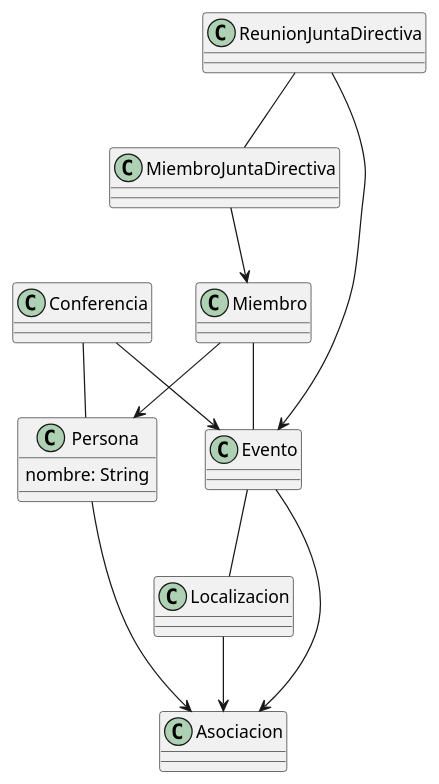
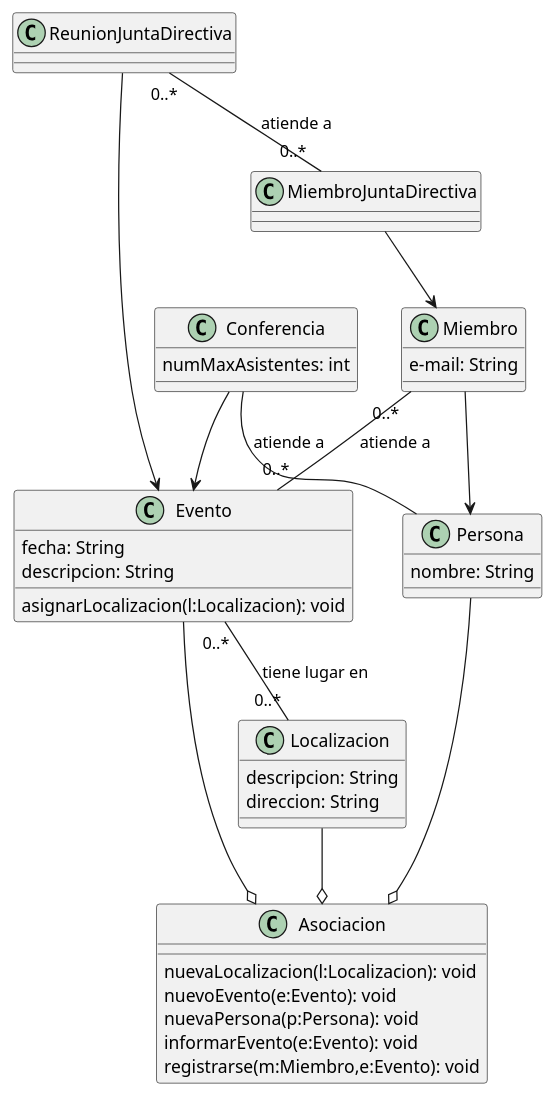
Before and after one commit to Daniclo/UMLClasesDanielColl: the diagram in src/DiagramaDeClases.puml, drawn with PlantUML.

Commit message:
Diagrama de clases finalizado Daniel Coll

```diff
--- a/src/DiagramaDeClases.puml
+++ b/src/DiagramaDeClases.puml
@@ -1,33 +1,50 @@
 @startuml
 
-Persona --> Asociacion
-Evento --> Asociacion
-Localizacion --> Asociacion
+Persona --o Asociacion
+Evento --o Asociacion
+Localizacion --o Asociacion
 Miembro --> Persona
 MiembroJuntaDirectiva --> Miembro
 Conferencia --> Evento
 ReunionJuntaDirectiva --> Evento
-Conferencia -- Persona
-ReunionJuntaDirectiva -- MiembroJuntaDirectiva
-Miembro -- Evento
-Evento -- Localizacion
+Conferencia -- Persona : atiende a
+ReunionJuntaDirectiva "0..*" -- "0..*" MiembroJuntaDirectiva : atiende a
+Miembro "0..*" -- "0..*" Evento : atiende a
+Evento "0..*" -- "0..*" Localizacion : tiene lugar en
 
-Class Asociacion{}
+Class Asociacion{
+nuevaLocalizacion(l:Localizacion): void
+nuevoEvento(e:Evento): void
+nuevaPersona(p:Persona): void
+informarEvento(e:Evento): void
+registrarse(m:Miembro,e:Evento): void
+}
 
-Class Miembro{}
+Class Miembro{
+e-mail: String
+}
 
 Class MiembroJuntaDirectiva{}
 
-Class Evento{}
+Class Evento{
+fecha: String
+descripcion: String
+asignarLocalizacion(l:Localizacion): void
+}
 
-Class Conferencia{}
+Class Conferencia{
+numMaxAsistentes: int
+}
 
 Class ReunionJuntaDirectiva{}
 
-Class Localizacion{}
+Class Localizacion{
+descripcion: String
+direccion: String
+}
 
 Class Persona{
 nombre: String
 }
 
 @enduml
```
